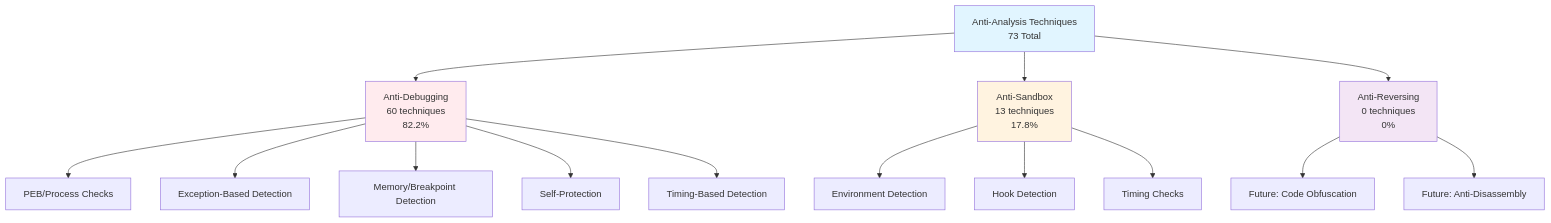
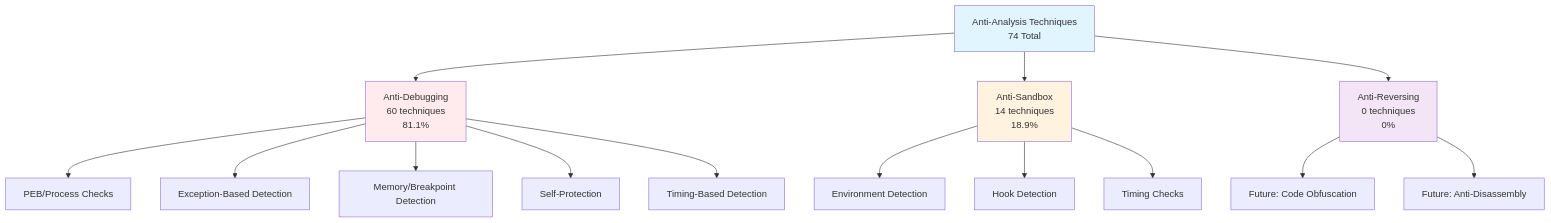
Before and after one commit to mabj/anti: the first of 8 diagrams in docs/diagrams/taxonomy.md, drawn with Mermaid. The commit also changed other lines of this file and 7 other files, not shown here.

Commit message:
Adding new anti-sandbox technique AS014

````diff
--- a/docs/diagrams/taxonomy.md
+++ b/docs/diagrams/taxonomy.md
@@ -7,24 +7,24 @@
 ```mermaid
 graph TB
-    A[Anti-Analysis Techniques<br/>73 Total] --> B[Anti-Debugging<br/>60 techniques<br/>82.2%]
-    A --> C[Anti-Sandbox<br/>13 techniques<br/>17.8%]
+    A[Anti-Analysis Techniques<br/>74 Total] --> B[Anti-Debugging<br/>60 techniques<br/>81.1%]
+    A --> C[Anti-Sandbox<br/>14 techniques<br/>18.9%]
     A --> D[Anti-Reversing<br/>0 techniques<br/>0%]
 
     B --> B1[PEB/Process Checks]
     B --> B2[Exception-Based Detection]
     B --> B3[Memory/Breakpoint Detection]
     B --> B4[Self-Protection]
     B --> B5[Timing-Based Detection]
 
     C --> C1[Environment Detection]
     C --> C2[Hook Detection]
     C --> C3[Timing Checks]
 
     D --> D1[Future: Code Obfuscation]
     D --> D2[Future: Anti-Disassembly]
 
     style A fill:#e1f5ff
     style B fill:#ffebee
     style C fill:#fff3e0
     style D fill:#f3e5f5
 ```
````
